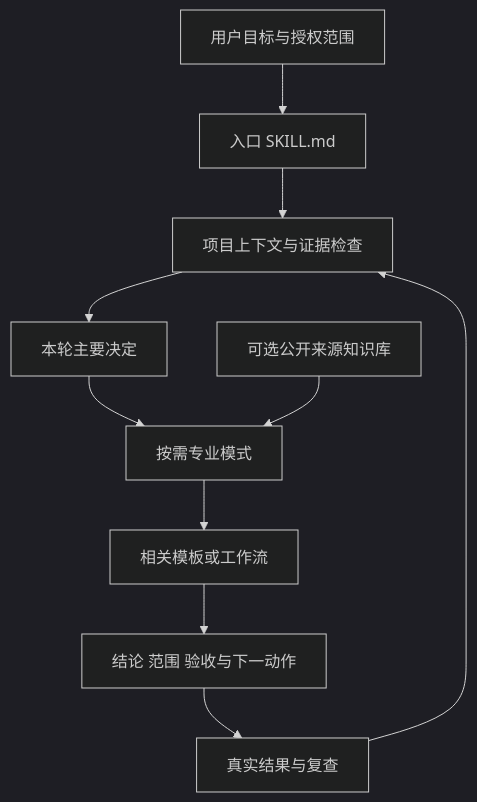
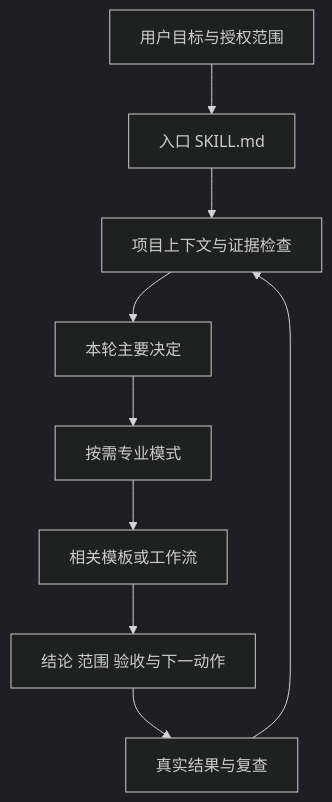
One commit to pylon12345/product-manager-os changed the diagram in PRODUCT_MANAGER_OS_GUIDE.md. Above: the diagram before and after it, drawn with Mermaid (dark theme). The commit also changed other lines of this file and 31 other files, not shown here.

First line of the commit message:
Release v1.1.2: standard forward/reverse flow, remove web knowledge base

````diff
--- a/PRODUCT_MANAGER_OS_GUIDE.md
+++ b/PRODUCT_MANAGER_OS_GUIDE.md
@@ -37,12 +37,11 @@
 ```mermaid
 flowchart TD
     A[用户目标与授权范围] --> B[入口 SKILL.md]
     B --> C[项目上下文与证据检查]
     C --> D[本轮主要决定]
     D --> E[按需专业模式]
     E --> F[相关模板或工作流]
     F --> G[结论 范围 验收与下一动作]
     G --> H[真实结果与复查]
     H --> C
-    I[可选公开来源知识库] --> E
 ```
````
